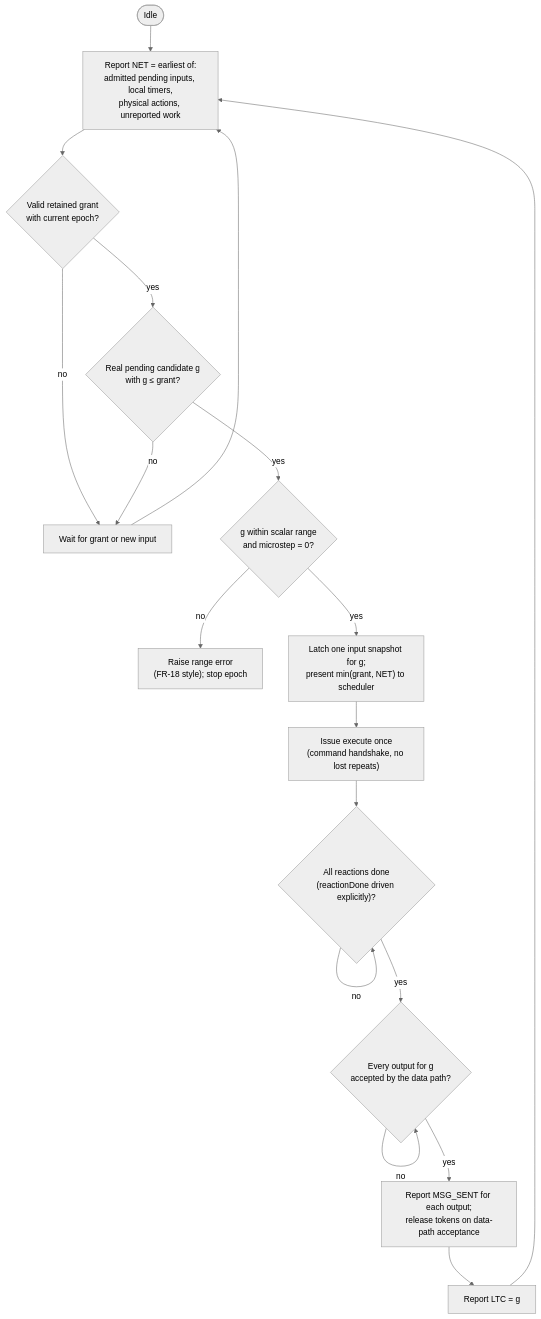
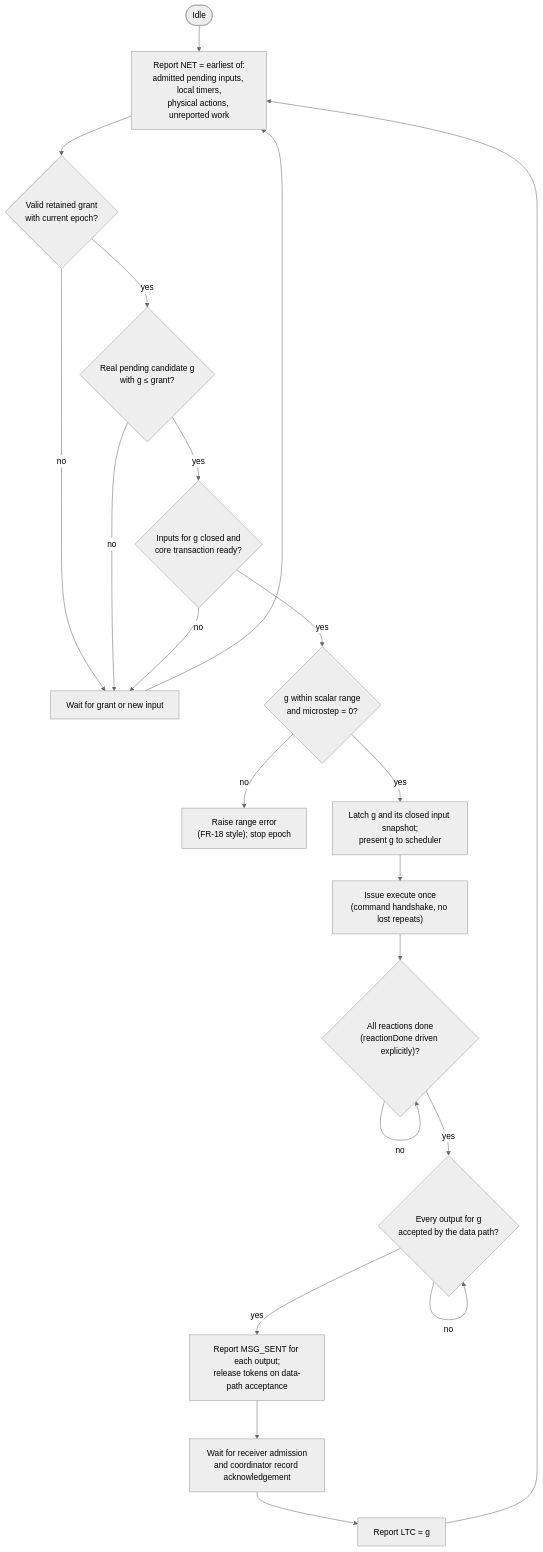
Before and after one commit to perkusic/lingua-franca-docs: the third of 5 diagrams in program/lf_hardware_coordination_project_definition.md, drawn with Mermaid (neutral theme). The commit also changed other lines of this file, not shown here.

````diff
--- a/program/lf_hardware_coordination_project_definition.md
+++ b/program/lf_hardware_coordination_project_definition.md
@@ -268,19 +326,22 @@
 ```mermaid
 flowchart TD
   S([Idle]) --> R["Report NET = earliest of:<br/>admitted pending inputs, local timers,<br/>physical actions, unreported work"]
   R --> G{"Valid retained grant<br/>with current epoch?"}
   G -- no --> W1["Wait for grant or new input"] --> R
   G -- yes --> C{"Real pending candidate g<br/>with g ≤ grant?"}
   C -- no --> W1
-  C -- yes --> T{"g within scalar range<br/>and microstep = 0?"}
+  C -- yes --> I{"Inputs for g closed and<br/>core transaction ready?"}
+  I -- no --> W1
+  I -- yes --> T{"g within scalar range<br/>and microstep = 0?"}
   T -- no --> ERR["Raise range error<br/>(FR-18 style); stop epoch"]
-  T -- yes --> L["Latch one input snapshot for g;<br/>present min(grant, NET) to scheduler"]
+  T -- yes --> L["Latch g and its closed input snapshot;<br/>present g to scheduler"]
   L --> X["Issue execute once<br/>(command handshake, no lost repeats)"]
   X --> D{"All reactions done<br/>(reactionDone driven explicitly)?"}
   D -- no --> D
   D -- yes --> O{"Every output for g<br/>accepted by the data path?"}
   O -- no --> O
   O -- yes --> M["Report MSG_SENT for each output;<br/>release tokens on data-path acceptance"]
-  M --> LTC["Report LTC = g"]
+  M --> V["Wait for receiver admission<br/>and coordinator record acknowledgement"]
+  V --> LTC["Report LTC = g"]
   LTC --> R
 ```
````
